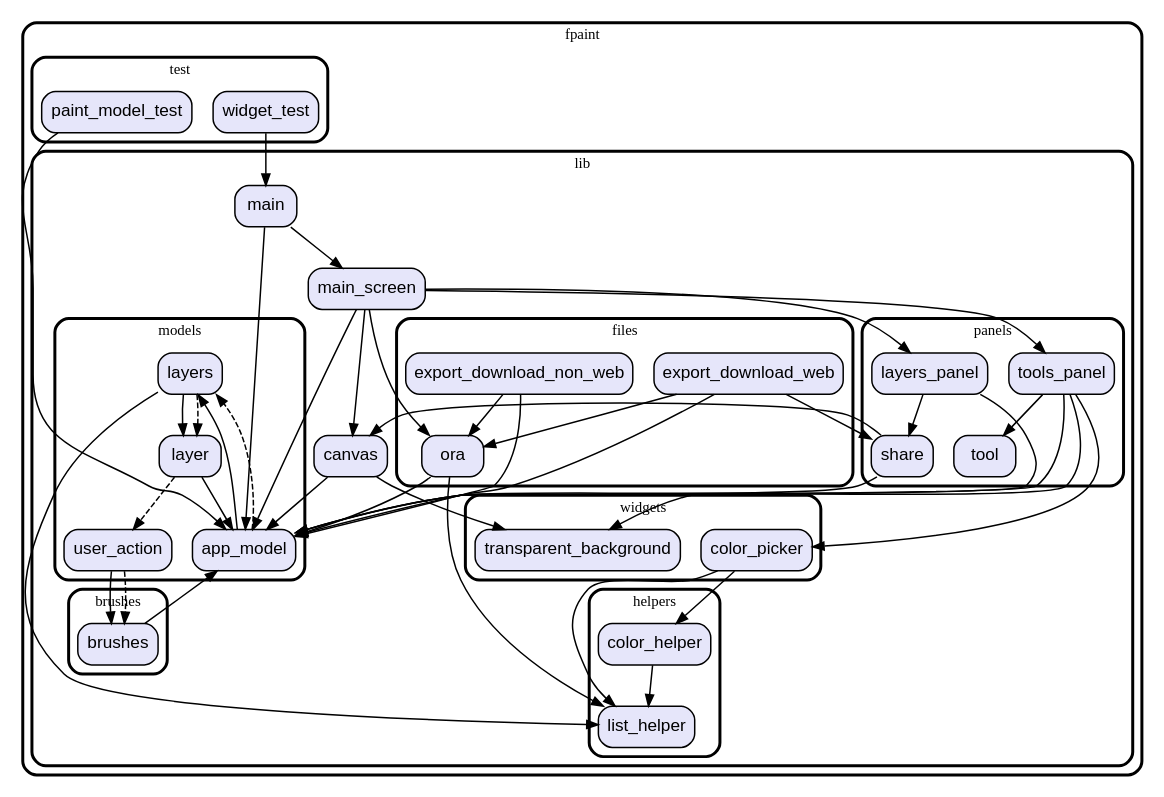
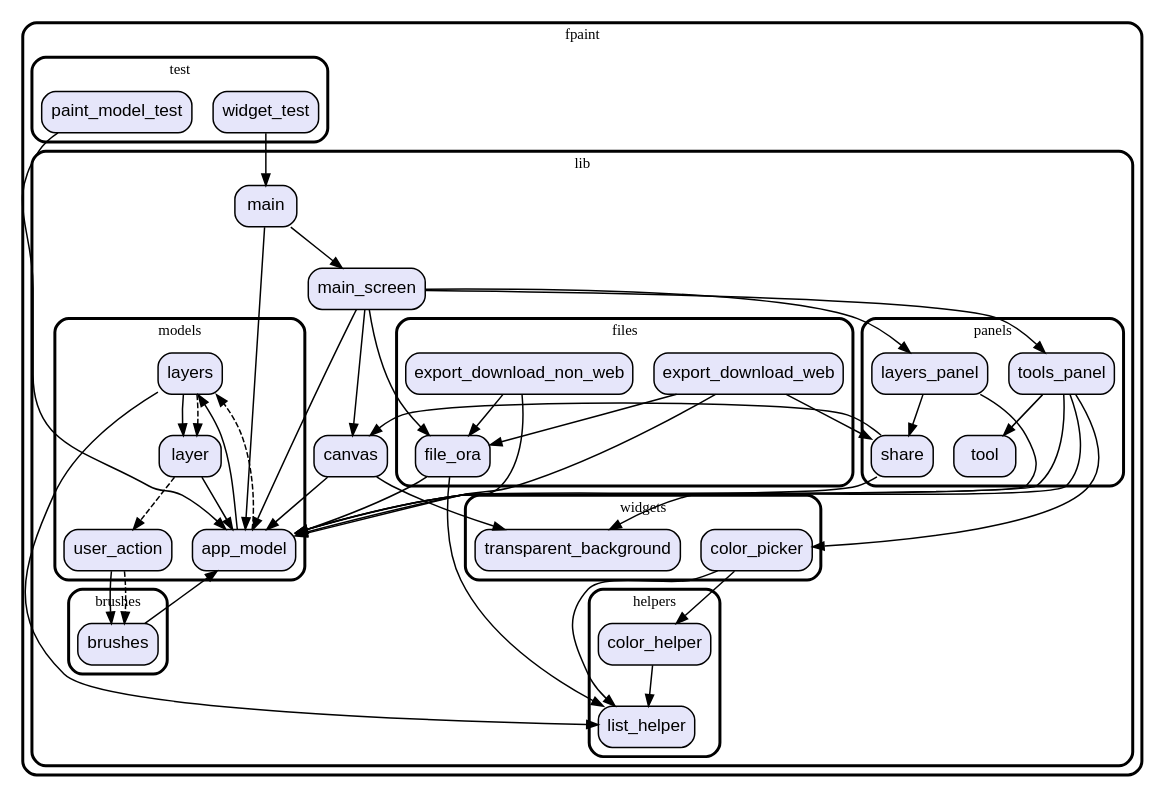
Before and after one commit to vteam-com/fPaint: the diagram in graph.dot, drawn with Graphviz. The commit also changed 9 other files, not shown here.

Commit message:
remove AppModel.offset

```diff
--- a/graph.dot
+++ b/graph.dot
@@ -1,113 +1,113 @@
 digraph "" {
   graph [style=rounded fontname="Arial Black" fontsize=13 penwidth=2.6];
   node [shape=rect style="filled,rounded" fontname=Arial fontsize=15 fillcolor=Lavender penwidth=1.3];
   edge [penwidth=1.3];
   "/test/paint_model_test.dart" [label="paint_model_test"];
   "/test/widget_test.dart" [label="widget_test"];
   "/lib/brushes/brushes.dart" [label="brushes"];
   "/lib/panels/tools_panel.dart" [label="tools_panel"];
   "/lib/panels/layers_panel.dart" [label="layers_panel"];
   "/lib/panels/tool.dart" [label="tool"];
   "/lib/panels/share.dart" [label="share"];
   "/lib/models/layers.dart" [label="layers"];
   "/lib/models/user_action.dart" [label="user_action"];
   "/lib/models/app_model.dart" [label="app_model"];
   "/lib/models/layer.dart" [label="layer"];
   "/lib/main.dart" [label="main"];
-  "/lib/files/ora.dart" [label="ora"];
   "/lib/files/export_download_web.dart" [label="export_download_web"];
+  "/lib/files/file_ora.dart" [label="file_ora"];
   "/lib/files/export_download_non_web.dart" [label="export_download_non_web"];
   "/lib/canvas.dart" [label="canvas"];
   "/lib/main_screen.dart" [label="main_screen"];
   "/lib/helpers/list_helper.dart" [label="list_helper"];
   "/lib/helpers/color_helper.dart" [label="color_helper"];
   "/lib/widgets/transparent_background.dart" [label="transparent_background"];
   "/lib/widgets/color_picker.dart" [label="color_picker"];
   subgraph "cluster~" {
     label="fpaint";
     subgraph "cluster~/test" {
       label="test";
       "/test/paint_model_test.dart";
       "/test/widget_test.dart";
     }
     subgraph "cluster~/lib" {
       label="lib";
       "/lib/main.dart";
       "/lib/canvas.dart";
       "/lib/main_screen.dart";
       subgraph "cluster~/lib/brushes" {
         label="brushes";
         "/lib/brushes/brushes.dart";
       }
       subgraph "cluster~/lib/panels" {
         label="panels";
         "/lib/panels/tools_panel.dart";
         "/lib/panels/layers_panel.dart";
         "/lib/panels/tool.dart";
         "/lib/panels/share.dart";
       }
       subgraph "cluster~/lib/models" {
         label="models";
         "/lib/models/layers.dart";
         "/lib/models/user_action.dart";
         "/lib/models/app_model.dart";
         "/lib/models/layer.dart";
       }
       subgraph "cluster~/lib/files" {
         label="files";
-        "/lib/files/ora.dart";
         "/lib/files/export_download_web.dart";
+        "/lib/files/file_ora.dart";
         "/lib/files/export_download_non_web.dart";
       }
       subgraph "cluster~/lib/helpers" {
         label="helpers";
         "/lib/helpers/list_helper.dart";
         "/lib/helpers/color_helper.dart";
       }
       subgraph "cluster~/lib/widgets" {
         label="widgets";
         "/lib/widgets/transparent_background.dart";
         "/lib/widgets/color_picker.dart";
       }
     }
   }
   "/test/paint_model_test.dart" -> "/lib/models/app_model.dart";
   "/test/widget_test.dart" -> "/lib/main.dart";
   "/lib/brushes/brushes.dart" -> "/lib/models/app_model.dart";
   "/lib/panels/tools_panel.dart" -> "/lib/models/app_model.dart";
   "/lib/panels/tools_panel.dart" -> "/lib/panels/tool.dart";
   "/lib/panels/tools_panel.dart" -> "/lib/widgets/color_picker.dart";
   "/lib/panels/tools_panel.dart" -> "/lib/widgets/transparent_background.dart";
   "/lib/panels/layers_panel.dart" -> "/lib/models/app_model.dart";
   "/lib/panels/layers_panel.dart" -> "/lib/panels/share.dart";
   "/lib/panels/share.dart" -> "/lib/canvas.dart";
   "/lib/panels/share.dart" -> "/lib/models/app_model.dart";
   "/lib/models/layers.dart" -> "/lib/helpers/list_helper.dart";
   "/lib/models/layers.dart" -> "/lib/models/layer.dart";
   "/lib/models/layers.dart" -> "/lib/models/layer.dart" [style=dashed];
   "/lib/models/user_action.dart" -> "/lib/brushes/brushes.dart";
   "/lib/models/user_action.dart" -> "/lib/brushes/brushes.dart" [style=dashed];
   "/lib/models/app_model.dart" -> "/lib/models/layers.dart";
   "/lib/models/app_model.dart" -> "/lib/models/layers.dart" [style=dashed];
   "/lib/models/layer.dart" -> "/lib/models/app_model.dart";
   "/lib/models/layer.dart" -> "/lib/models/user_action.dart" [style=dashed];
   "/lib/main.dart" -> "/lib/main_screen.dart";
   "/lib/main.dart" -> "/lib/models/app_model.dart";
-  "/lib/files/ora.dart" -> "/lib/helpers/list_helper.dart";
-  "/lib/files/ora.dart" -> "/lib/models/app_model.dart";
-  "/lib/files/export_download_web.dart" -> "/lib/files/ora.dart";
+  "/lib/files/export_download_web.dart" -> "/lib/files/file_ora.dart";
   "/lib/files/export_download_web.dart" -> "/lib/models/app_model.dart";
   "/lib/files/export_download_web.dart" -> "/lib/panels/share.dart";
-  "/lib/files/export_download_non_web.dart" -> "/lib/files/ora.dart";
+  "/lib/files/file_ora.dart" -> "/lib/helpers/list_helper.dart";
+  "/lib/files/file_ora.dart" -> "/lib/models/app_model.dart";
+  "/lib/files/export_download_non_web.dart" -> "/lib/files/file_ora.dart";
   "/lib/files/export_download_non_web.dart" -> "/lib/models/app_model.dart";
   "/lib/canvas.dart" -> "/lib/widgets/transparent_background.dart";
   "/lib/canvas.dart" -> "/lib/models/app_model.dart";
   "/lib/main_screen.dart" -> "/lib/canvas.dart";
-  "/lib/main_screen.dart" -> "/lib/files/ora.dart";
+  "/lib/main_screen.dart" -> "/lib/files/file_ora.dart";
   "/lib/main_screen.dart" -> "/lib/panels/layers_panel.dart";
   "/lib/main_screen.dart" -> "/lib/panels/tools_panel.dart";
   "/lib/main_screen.dart" -> "/lib/models/app_model.dart";
   "/lib/helpers/color_helper.dart" -> "/lib/helpers/list_helper.dart";
   "/lib/widgets/color_picker.dart" -> "/lib/helpers/color_helper.dart";
   "/lib/widgets/color_picker.dart" -> "/lib/helpers/list_helper.dart";
 }
```
